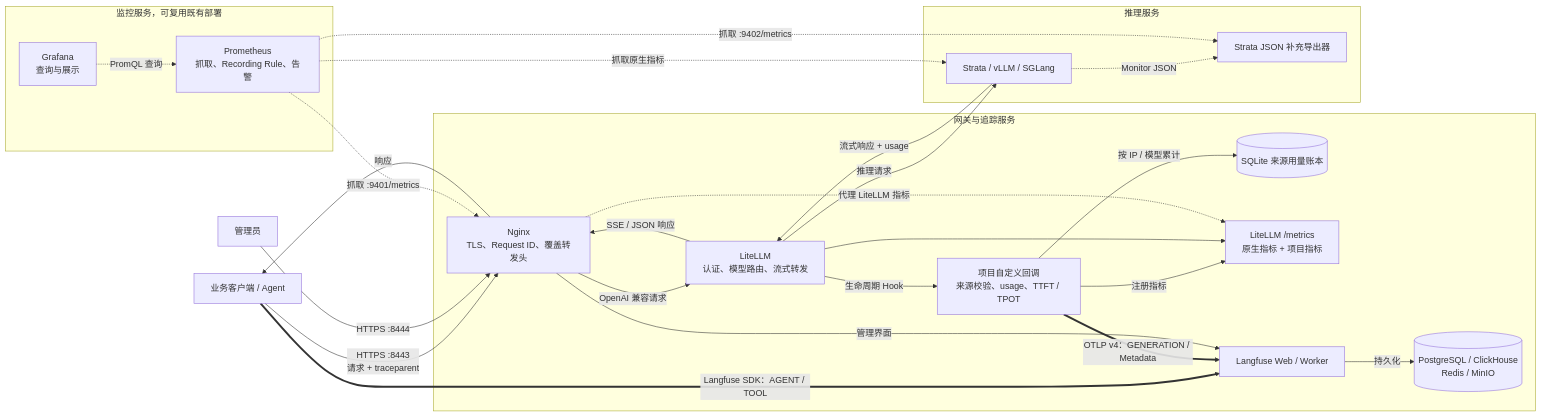
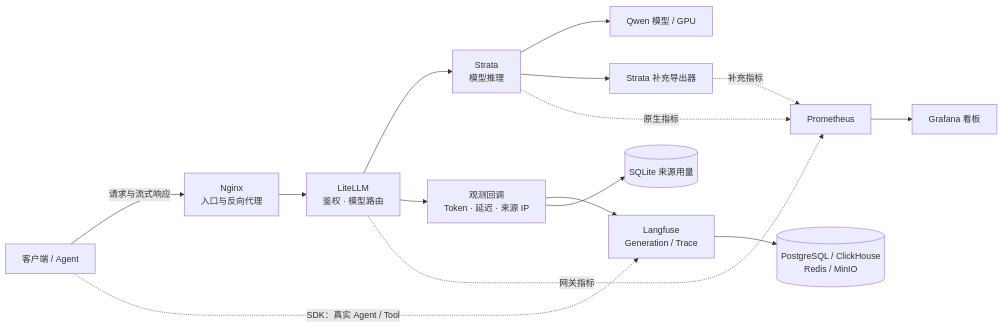
One commit to tyloryang/litellm-langfuse-monitoring changed the first of 2 diagrams in README.md. Above: the diagram before and after it, drawn with Mermaid. The commit also changed other lines of this file and 3 other files, not shown here.

````diff
--- a/README.md
+++ b/README.md
@@ -45,50 +25,17 @@
 ```mermaid
 flowchart LR
-    U["业务客户端 / Agent"]
-    A["管理员"]
-
-    subgraph VM1["网关与追踪服务"]
-        N["Nginx<br/>TLS、Request ID、覆盖转发头"]
-        L["LiteLLM<br/>认证、模型路由、流式转发"]
-        C["项目自定义回调<br/>来源校验、usage、TTFT / TPOT"]
-        Q[("SQLite 来源用量账本")]
-        M["LiteLLM /metrics<br/>原生指标 + 项目指标"]
-        F["Langfuse Web / Worker"]
-        S[("PostgreSQL / ClickHouse<br/>Redis / MinIO")]
-
-        N -->|"OpenAI 兼容请求"| L
-        L -->|"生命周期 Hook"| C
-        C -->|"按 IP / 模型累计"| Q
-        C -->|"注册指标"| M
-        L --> M
-        F -->|"持久化"| S
-    end
-
-    subgraph GPU["推理服务"]
-        E["Strata / vLLM / SGLang"]
-        X["Strata JSON 补充导出器"]
-    end
-
-    subgraph MON["监控服务，可复用既有部署"]
-        P["Prometheus<br/>抓取、Recording Rule、告警"]
-        G["Grafana<br/>查询与展示"]
-    end
-
-    U -->|"HTTPS :8443<br/>请求 + traceparent"| N
-    L -->|"推理请求"| E
-    E -->|"流式响应 + usage"| L
-    L -->|"SSE / JSON 响应"| N
-    N -->|"响应"| U
-
-    U ==>|"Langfuse SDK：AGENT / TOOL"| F
-    C ==>|"OTLP v4：GENERATION / Metadata"| F
-    A -->|"HTTPS :8444"| N
-    N -->|"管理界面"| F
-
-    P -.->|"抓取 :9401/metrics"| N
-    N -.->|"代理 LiteLLM 指标"| M
-    P -.->|"抓取原生指标"| E
-    E -.->|"Monitor JSON"| X
-    P -.->|"抓取 :9402/metrics"| X
-    G -.->|"PromQL 查询"| P
+    Client["客户端 / Agent"] -->|"请求与流式响应"| Nginx["Nginx<br/>入口与反向代理"]
+    Nginx --> LiteLLM["LiteLLM<br/>鉴权 · 模型路由"]
+    LiteLLM --> Strata["Strata<br/>模型推理"]
+    Strata --> Qwen["Qwen 模型 / GPU"]
+    LiteLLM --> Callback["观测回调<br/>Token · 延迟 · 来源 IP"]
+    Callback --> Langfuse["Langfuse<br/>Generation / Trace"]
+    Client -. "SDK：真实 Agent / Tool" .-> Langfuse
+    Langfuse --> Stores[("PostgreSQL / ClickHouse<br/>Redis / MinIO")]
+    Callback --> Usage[("SQLite 来源用量")]
+    Strata --> Exporter["Strata 补充导出器"]
+    LiteLLM -. "网关指标" .-> Prom["Prometheus"]
+    Strata -. "原生指标" .-> Prom
+    Exporter -. "补充指标" .-> Prom
+    Prom --> Grafana["Grafana 看板"]
 ```
````
